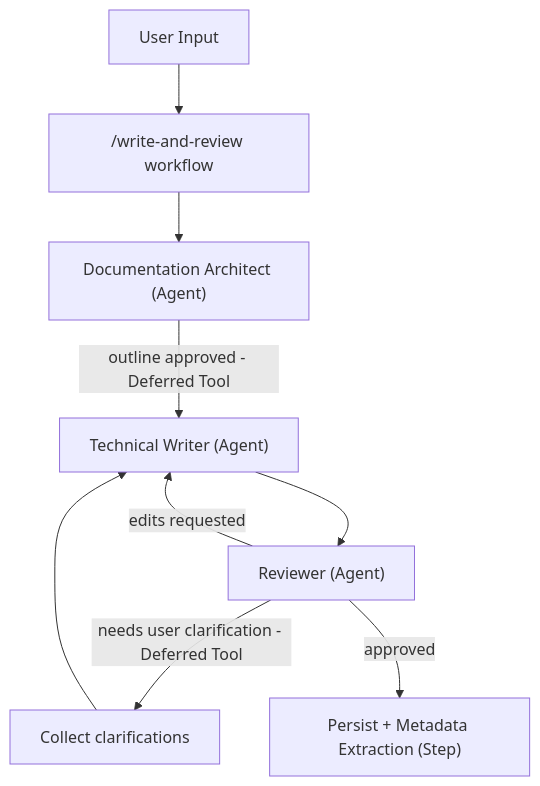
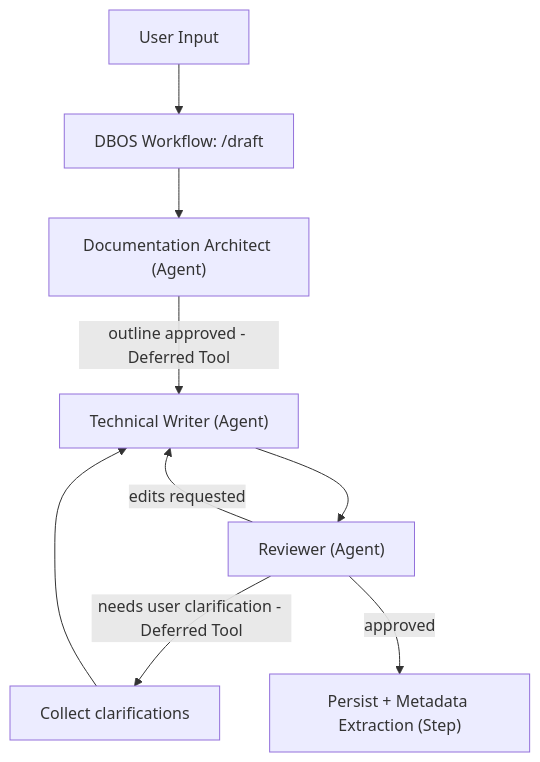
Before and after one commit to contemplative-software/specmaker: the second of 2 diagrams in README.md, drawn with Mermaid. The commit also changed other lines of this file, not shown here.

Commit message:
write-and-review -> draft

````diff
--- a/README.md
+++ b/README.md
@@ -64,10 +64,10 @@
 ```mermaid
 flowchart TD
-  UI["User Input"] --> WF["/write-and-review workflow"]
+  UI["User Input"] --> WF["DBOS Workflow: /draft"]
   WF --> ARCH["Documentation Architect (Agent)"]
   ARCH -->|outline approved - Deferred Tool| WRITER["Technical Writer (Agent)"]
   WRITER --> REVIEWER["Reviewer (Agent)"]
   REVIEWER -->|needs user clarification - Deferred Tool| UI_CLAR["Collect clarifications"] --> WRITER
   REVIEWER -->|edits requested| WRITER
   REVIEWER -->|approved| PERSIST["Persist + Metadata Extraction (Step)"]
 ```
````
